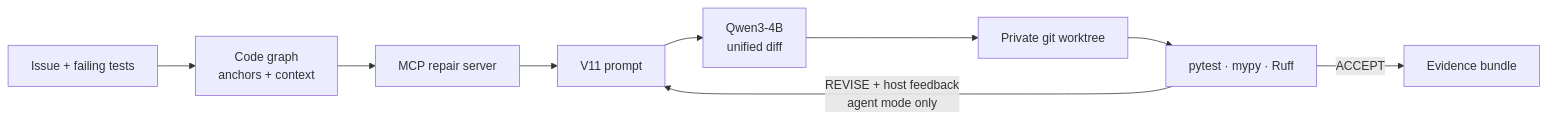
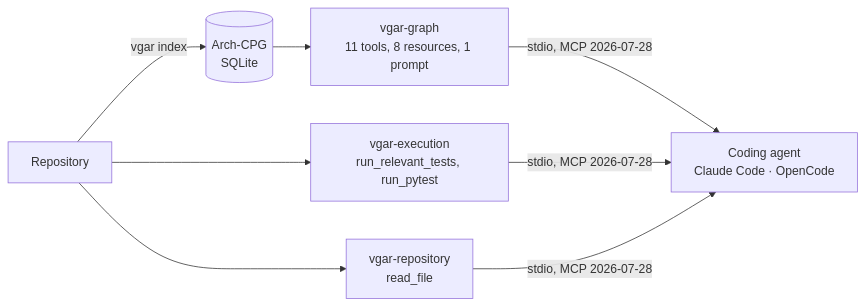
One commit to GauKho/VGAR changed the diagram in README.md. Above: the diagram before and after it, drawn with Mermaid. The commit also changed other lines of this file and 218 other files, not shown here.

Commit message:
refactor: serve only the graph, execution and repository MCP servers on MCP SDK 2.2.0; drop LangChain, the patch-generation engine, repair_server and 16-week dead code; add server logging (TV2)

````diff
--- a/README.md
+++ b/README.md
@@ -7,11 +9,8 @@
 ```mermaid
 flowchart LR
-    I[Issue + failing tests] --> G[Code graph<br/>anchors + context]
-    G --> S[MCP repair server]
-    S --> P[V11 prompt]
-    P --> M[Qwen3-4B<br/>unified diff]
-    M --> W[Private git worktree]
-    W --> V[pytest · mypy · Ruff]
-    V -->|ACCEPT| E[Evidence bundle]
-    V -->|REVISE + host feedback<br/>agent mode only| P
+    R[Repository] -->|vgar index| DB[(Arch-CPG<br/>SQLite)]
+    DB --> G[vgar-graph<br/>11 tools, 8 resources, 1 prompt]
+    R --> X[vgar-execution<br/>run_relevant_tests, run_pytest]
+    R --> F[vgar-repository<br/>read_file]
+    G & X & F -->|stdio, MCP 2026-07-28| A[Coding agent<br/>Claude Code · OpenCode]
 ```
````
